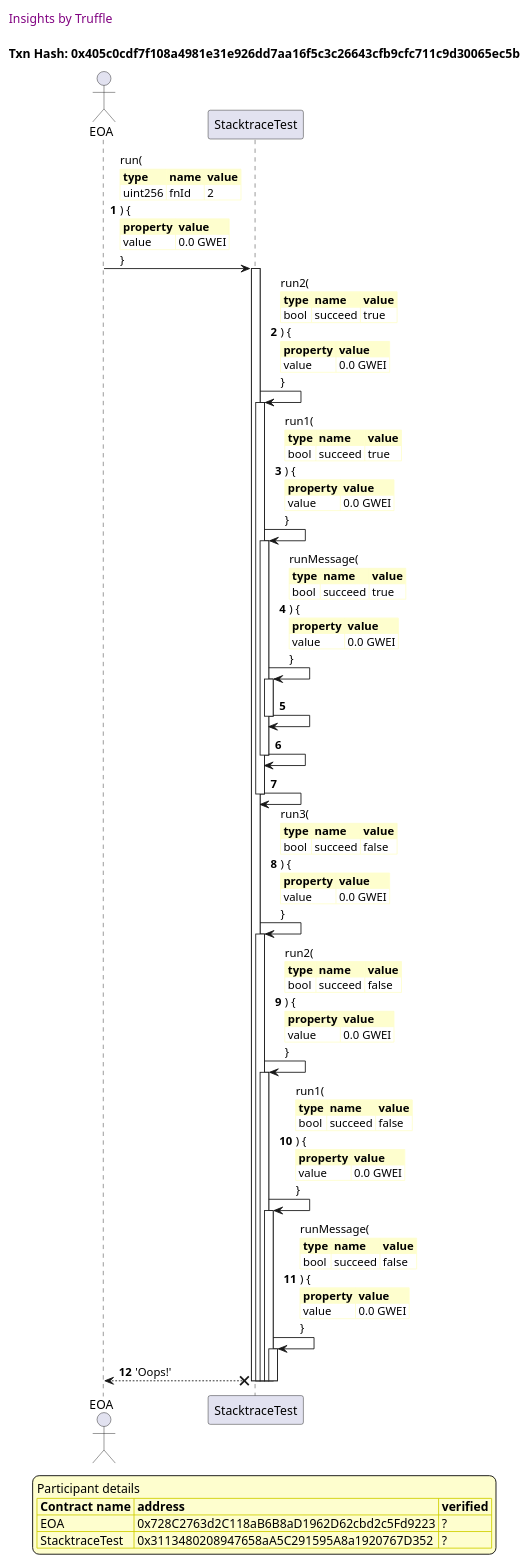
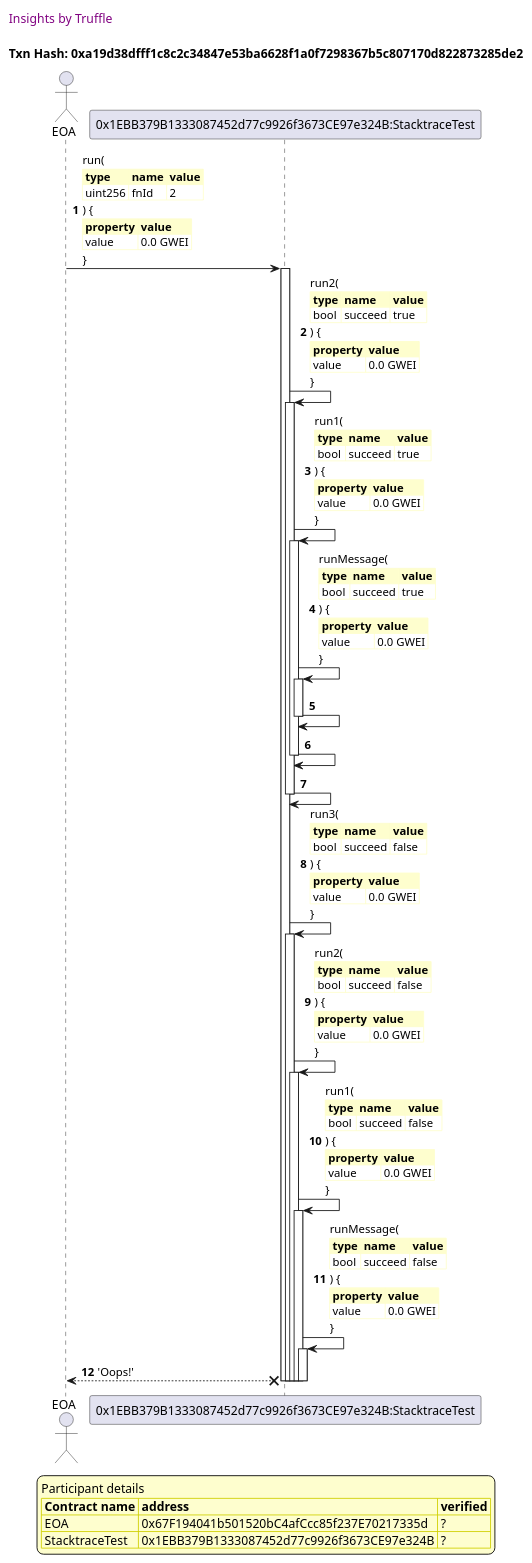
One commit to trufflesuite/txlog-seedlings changed the sixth of 11 diagrams in truffle-seq/stacktrace.test.md. Above: the diagram before and after it, drawn with PlantUML. The commit also changed other lines of this file and 3 other files, not shown here.

```diff
--- a/truffle-seq/stacktrace.test.md
+++ b/truffle-seq/stacktrace.test.md
@@ -339,12 +339,12 @@
 
 header Insights by Truffle
 
-title Txn Hash: 0x405c0cdf7f108a4981e31e926dd7aa16f5c3c26643cfb9cfc711c9d30065ec5b
+title Txn Hash: 0xa19d38dfff1c8c2c34847e53ba6628f1a0f7298367b5c807170d822873285de2
 
 
 actor EOA as "EOA"
 
-participant StacktraceTest as "StacktraceTest"
+participant StacktraceTest as "0x1EBB379B1333087452d77c9926f3673CE97e324B:StacktraceTest"
 
 "EOA" -> "StacktraceTest" ++: run(\n\
 <#FEFECE,#FEFECE>|= type |= name |= value |\n\
@@ -428,8 +428,8 @@
 legend
 Participant details
 <#FEFECE,#D0D000>|= Contract name |= address |= verified |
-<#FEFECE>| EOA | 0x728C2763d2C118aB6B8aD1962D62cbd2c5Fd9223 | ? |
-<#FEFECE>| StacktraceTest | 0x3113480208947658aA5C291595A8a1920767D352 | ? |
+<#FEFECE>| EOA | 0x67F194041b501520bC4afCcc85f237E70217335d | ? |
+<#FEFECE>| StacktraceTest | 0x1EBB379B1333087452d77c9926f3673CE97e324B | ? |
 endlegend
 
 
```
